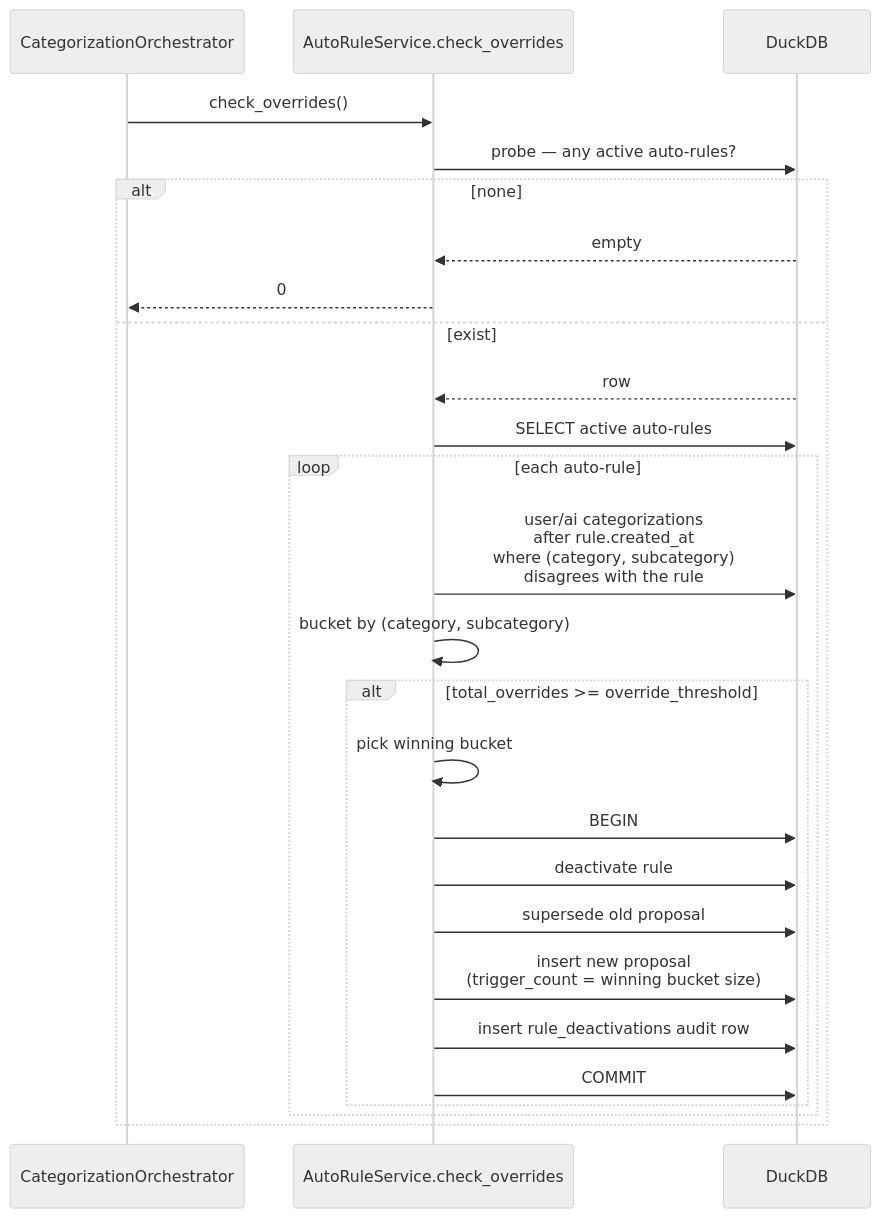
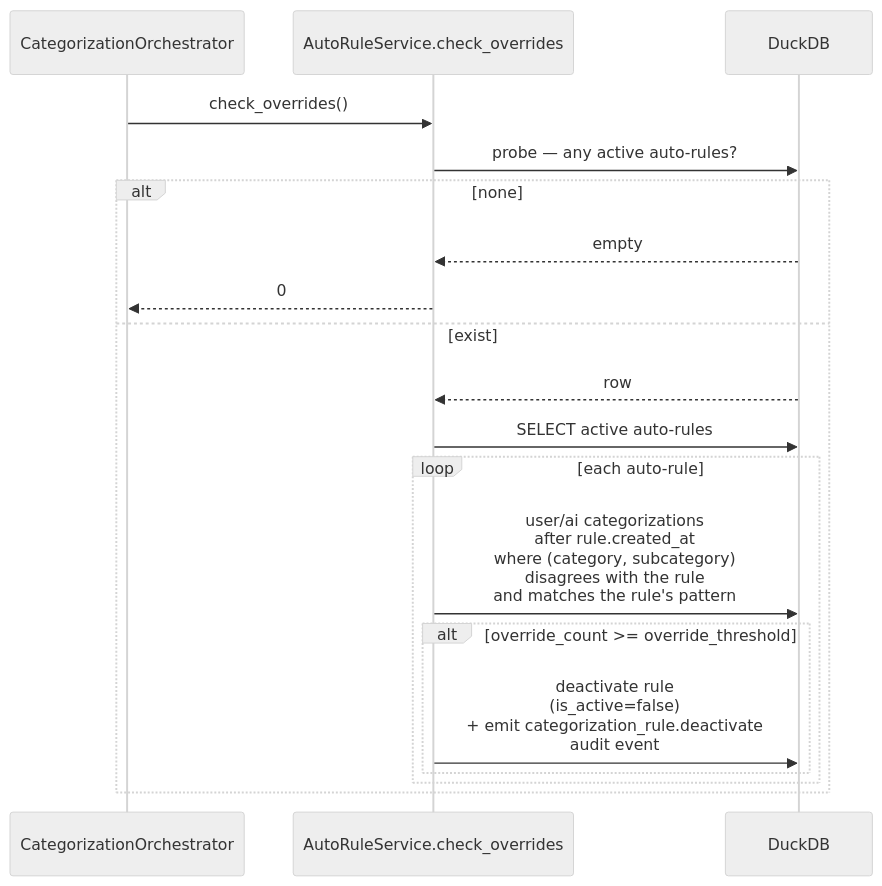
The fourth of 4 diagrams in docs/tech/auto-rule-pipeline.md (bsaffel/moneybin), drawn with Mermaid (neutral theme) before and after one commit. The commit also changed other lines of this file and 16 other files, not shown here.

````diff
--- a/docs/tech/auto-rule-pipeline.md
+++ b/docs/tech/auto-rule-pipeline.md
@@ -190,29 +204,22 @@
 ```mermaid
 sequenceDiagram
     participant Orch as CategorizationOrchestrator
     participant Auto as AutoRuleService.check_overrides
     participant DB as DuckDB
 
     Orch->>Auto: check_overrides()
     Auto->>DB: probe — any active auto-rules?
     alt none
         DB-->>Auto: empty
         Auto-->>Orch: 0
     else exist
         DB-->>Auto: row
         Auto->>DB: SELECT active auto-rules
         loop each auto-rule
-            Auto->>DB: user/ai categorizations<br/>after rule.created_at<br/>where (category, subcategory)<br/>disagrees with the rule
-            Auto->>Auto: bucket by (category, subcategory)
-            alt total_overrides >= override_threshold
-                Auto->>Auto: pick winning bucket
-                Auto->>DB: BEGIN
-                Auto->>DB: deactivate rule
-                Auto->>DB: supersede old proposal
-                Auto->>DB: insert new proposal<br/>(trigger_count = winning bucket size)
-                Auto->>DB: insert rule_deactivations audit row
-                Auto->>DB: COMMIT
+            Auto->>DB: user/ai categorizations<br/>after rule.created_at<br/>where (category, subcategory)<br/>disagrees with the rule<br/>and matches the rule's pattern
+            alt override_count >= override_threshold
+                Auto->>DB: deactivate rule<br/>(is_active=false)<br/>+ emit categorization_rule.deactivate<br/>audit event
             end
         end
     end
 ```
````
